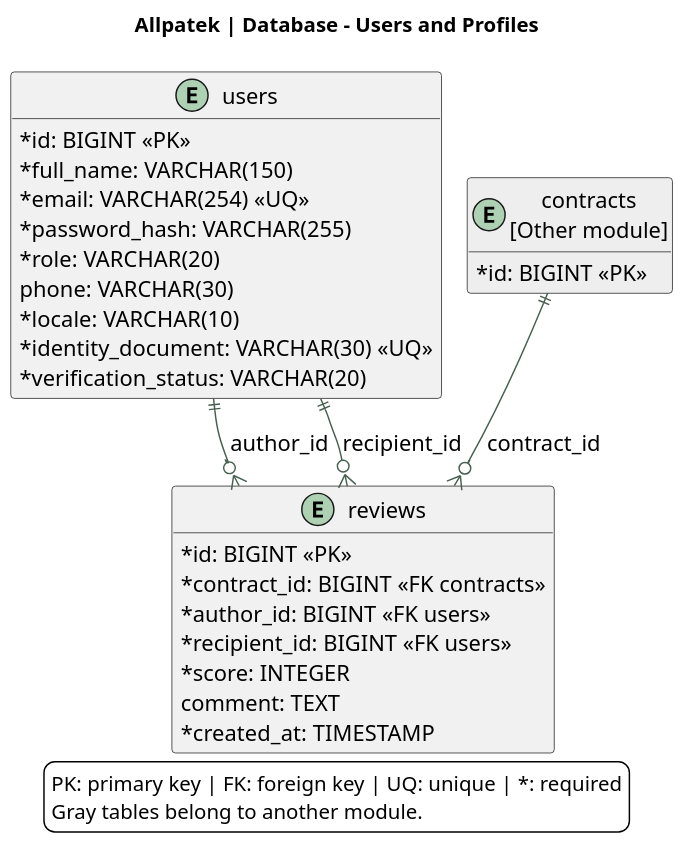
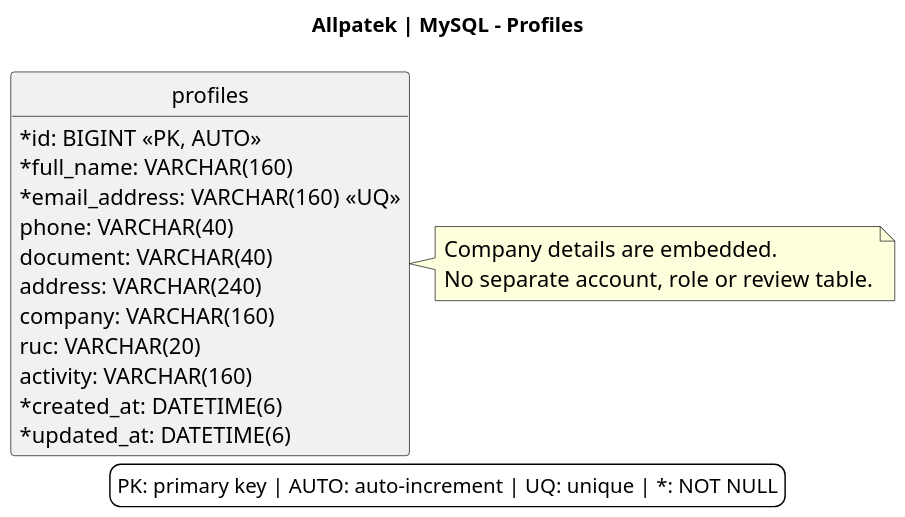
One commit to upc-pre-202620-1asi0729-7753-Terranova/allpatek-report changed the diagram in assets/chapter-04/architecture/13-database-users.puml. Above: the diagram before and after it, drawn with PlantUML. The commit also changed 58 other files, not shown here.

Commit message:
docs(report): align architecture diagrams and flows with implementation

```diff
--- a/assets/chapter-04/architecture/13-database-users.puml
+++ b/assets/chapter-04/architecture/13-database-users.puml
@@ -1,43 +1,33 @@
 @startuml
 !pragma layout smetana
 skinparam backgroundColor white
 skinparam defaultFontName SansSerif
 skinparam defaultFontSize 15
 skinparam shadowing false
 skinparam classAttributeIconSize 0
 skinparam ArrowColor #476050
 skinparam dpi 140
-title Allpatek | Database - Users and Profiles
-top to bottom direction
 hide methods
-entity "users" as users {
- {field} * id: BIGINT <<PK>>
- {field} * full_name: VARCHAR(150)
- {field} * email: VARCHAR(254) <<UQ>>
- {field} * password_hash: VARCHAR(255)
- {field} * role: VARCHAR(20)
- {field} phone: VARCHAR(30)
- {field} * locale: VARCHAR(10)
- {field} * identity_document: VARCHAR(30) <<UQ>>
- {field} * verification_status: VARCHAR(20)
+hide circle
+title Allpatek | MySQL - Profiles
+entity "profiles" as profile {
+  {field} * id: BIGINT <<PK, AUTO>>
+  {field} * full_name: VARCHAR(160)
+  {field} * email_address: VARCHAR(160) <<UQ>>
+  {field} phone: VARCHAR(40)
+  {field} document: VARCHAR(40)
+  {field} address: VARCHAR(240)
+  {field} company: VARCHAR(160)
+  {field} ruc: VARCHAR(20)
+  {field} activity: VARCHAR(160)
+  {field} * created_at: DATETIME(6)
+  {field} * updated_at: DATETIME(6)
 }
-entity "reviews" as reviews {
- {field} * id: BIGINT <<PK>>
- {field} * contract_id: BIGINT <<FK contracts>>
- {field} * author_id: BIGINT <<FK users>>
- {field} * recipient_id: BIGINT <<FK users>>
- {field} * score: INTEGER
- {field} comment: TEXT
- {field} * created_at: TIMESTAMP
-}
-entity "contracts\n[Other module]" as contracts #EEEEEE {
- * id: BIGINT <<PK>>
-}
-contracts ||--o{ reviews : contract_id
-users ||--o{ reviews : author_id
-users ||--o{ reviews : recipient_id
+note right of profile
+  Company details are embedded.
+  No separate account, role or review table.
+end note
 legend bottom
-PK: primary key | FK: foreign key | UQ: unique | *: required
-Gray tables belong to another module.
+PK: primary key | AUTO: auto-increment | UQ: unique | *: NOT NULL
 endlegend
 @enduml
```
